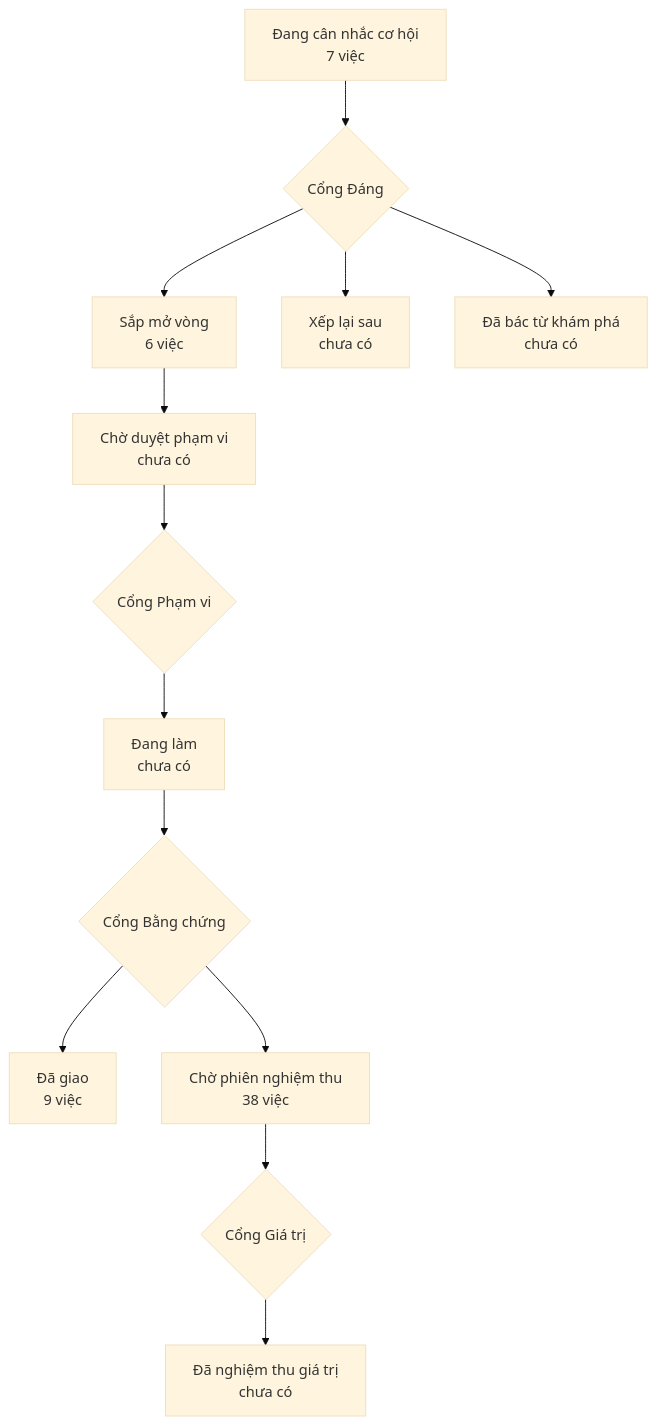
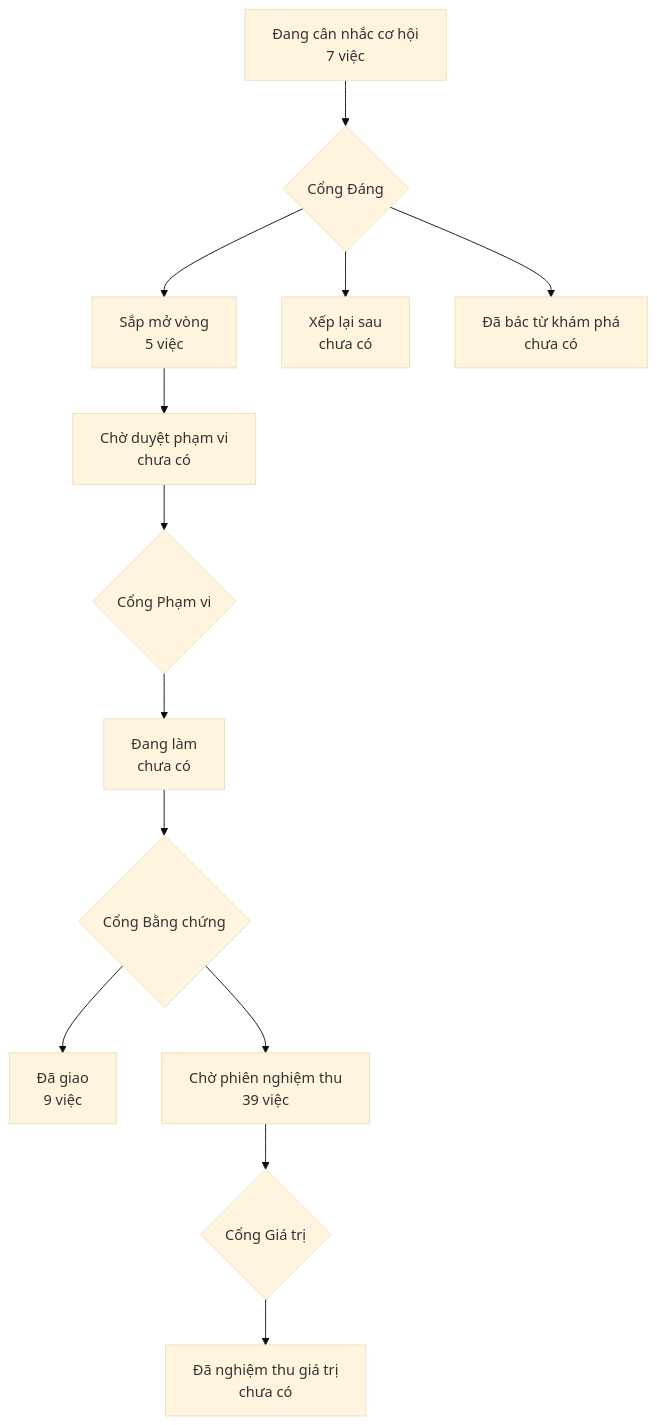
The diagram in PRODUCT-MAP.md (phanlemanh/onehub-quy-hang), drawn with Mermaid (base theme) before and after one commit. The commit also changed other lines of this file and 1 other file, not shown here.

Commit message:
chore(lo-trinh): vẽ lại bản đồ sau khi gộp main

````diff
--- a/PRODUCT-MAP.md
+++ b/PRODUCT-MAP.md
@@ -7,12 +7,12 @@
 ```mermaid
 flowchart TD
   A["Đang cân nhắc cơ hội<br/>7 việc"] --> GD{"Cổng Đáng"}
-  GD --> B["Sắp mở vòng<br/>6 việc"]
+  GD --> B["Sắp mở vòng<br/>5 việc"]
   GD --> XL["Xếp lại sau<br/>chưa có"]
   GD --> DB["Đã bác từ khám phá<br/>chưa có"]
   B --> CD["Chờ duyệt phạm vi<br/>chưa có"] --> GP{"Cổng Phạm vi"}
   GP --> DL["Đang làm<br/>chưa có"] --> GB{"Cổng Bằng chứng"}
   GB --> DG["Đã giao<br/>9 việc"]
-  GB --> CN["Chờ phiên nghiệm thu<br/>38 việc"] --> GG{"Cổng Giá trị"}
+  GB --> CN["Chờ phiên nghiệm thu<br/>39 việc"] --> GG{"Cổng Giá trị"}
   GG --> NT["Đã nghiệm thu giá trị<br/>chưa có"]
 ```
````
